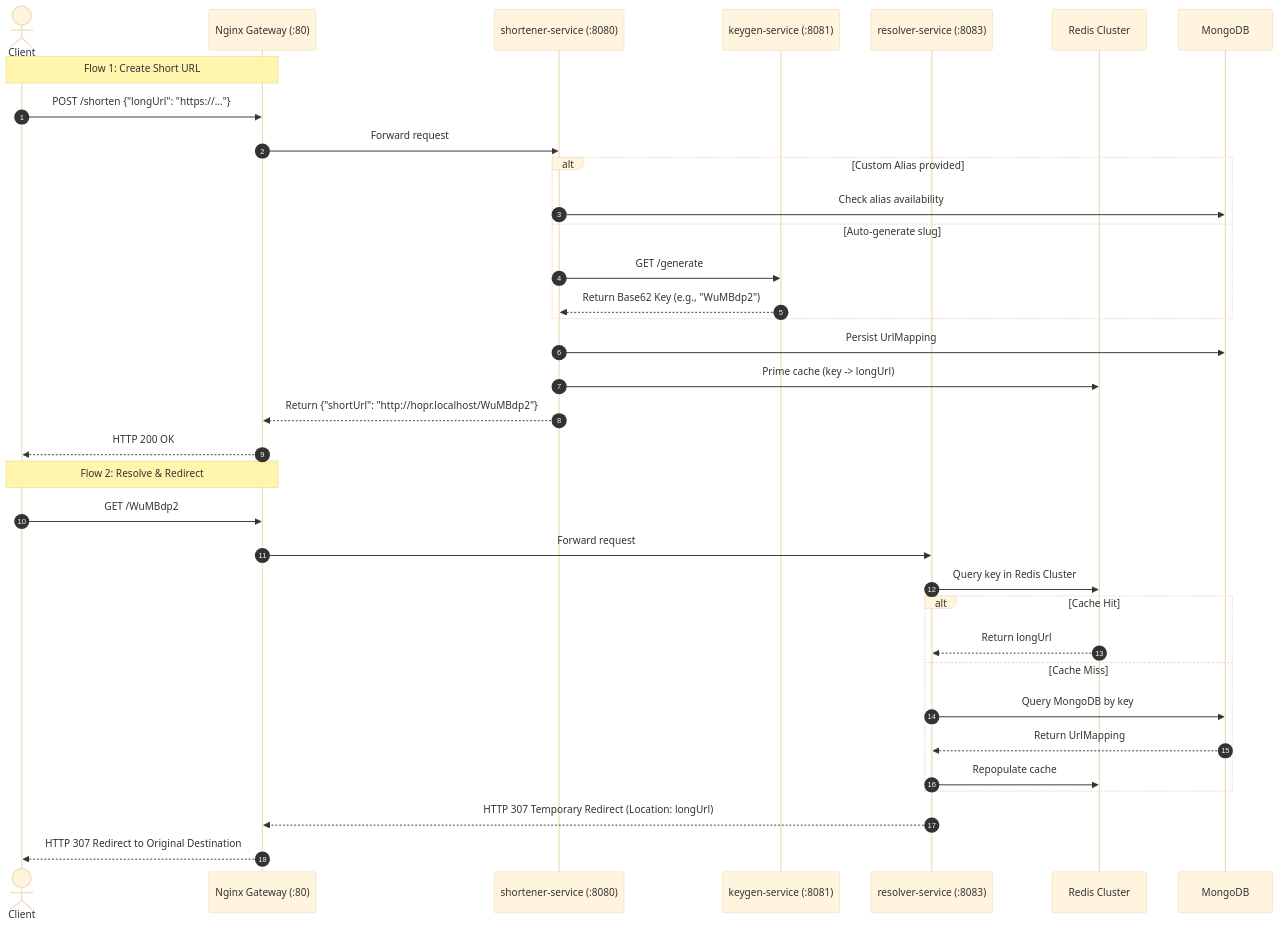
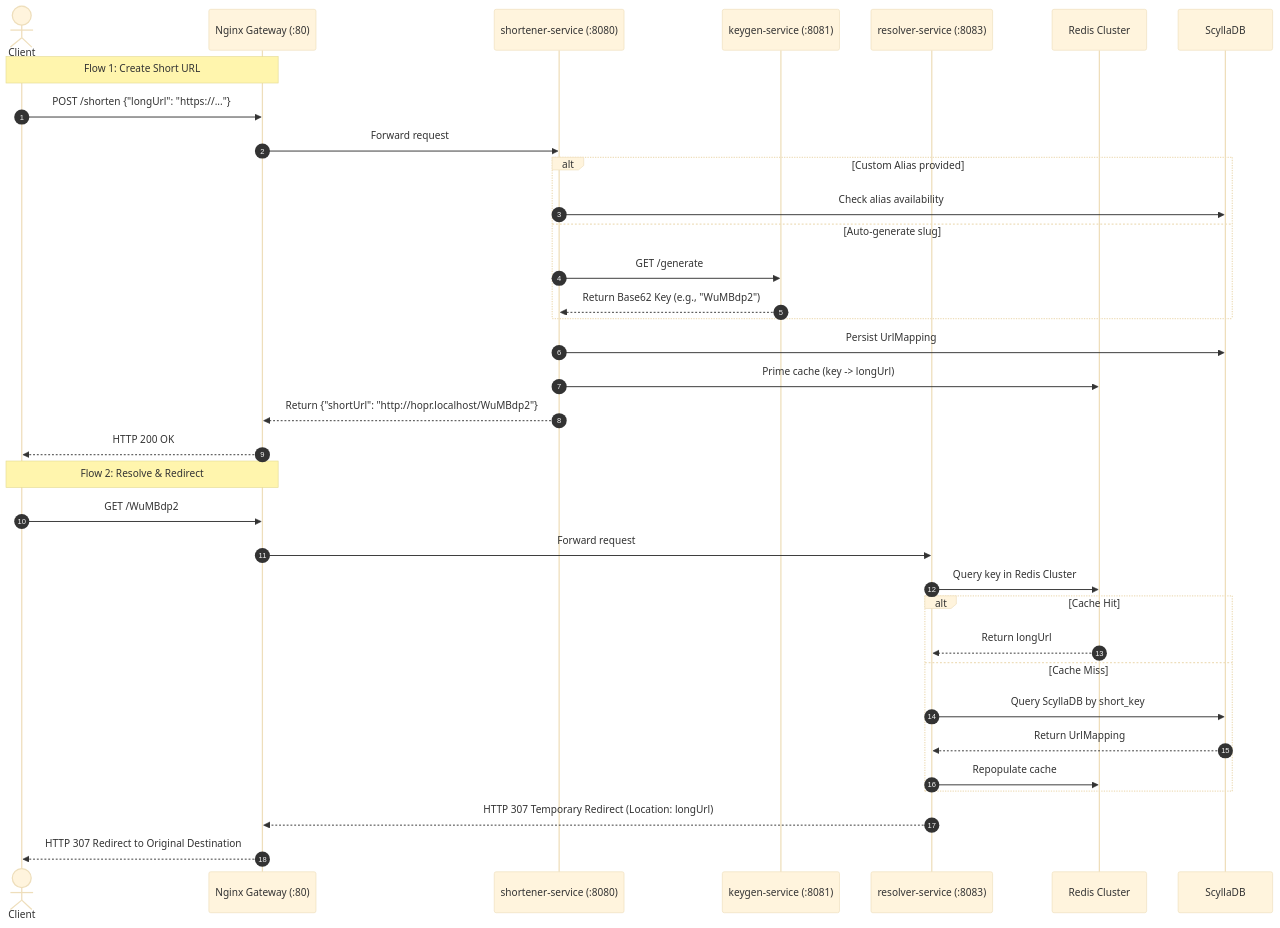
Before and after one commit to pcaokhai/Hopr: the second of 2 diagrams in README.md, drawn with Mermaid (base theme). The commit also changed other lines of this file and 28 other files, not shown here.

````diff
--- a/README.md
+++ b/README.md
@@ -89,39 +89,39 @@
 ```mermaid
 sequenceDiagram
     autonumber
     actor User as Client
     participant GW as Nginx Gateway (:80)
     participant SS as shortener-service (:8080)
     participant KS as keygen-service (:8081)
     participant RS as resolver-service (:8083)
     participant RC as Redis Cluster
-    participant DB as MongoDB
+    participant DB as ScyllaDB
 
     Note over User, GW: Flow 1: Create Short URL
     User->>GW: POST /shorten {"longUrl": "https://..."}
     GW->>SS: Forward request
     alt Custom Alias provided
         SS->>DB: Check alias availability
     else Auto-generate slug
         SS->>KS: GET /generate
         KS-->>SS: Return Base62 Key (e.g., "WuMBdp2")
     end
     SS->>DB: Persist UrlMapping
     SS->>RC: Prime cache (key -> longUrl)
     SS-->>GW: Return {"shortUrl": "http://hopr.localhost/WuMBdp2"}
     GW-->>User: HTTP 200 OK
 
     Note over User, GW: Flow 2: Resolve & Redirect
     User->>GW: GET /WuMBdp2
     GW->>RS: Forward request
     RS->>RC: Query key in Redis Cluster
     alt Cache Hit
         RC-->>RS: Return longUrl
     else Cache Miss
-        RS->>DB: Query MongoDB by key
+        RS->>DB: Query ScyllaDB by short_key
         DB-->>RS: Return UrlMapping
         RS->>RC: Repopulate cache
     end
     RS-->>GW: HTTP 307 Temporary Redirect (Location: longUrl)
     GW-->>User: HTTP 307 Redirect to Original Destination
 ```
````
